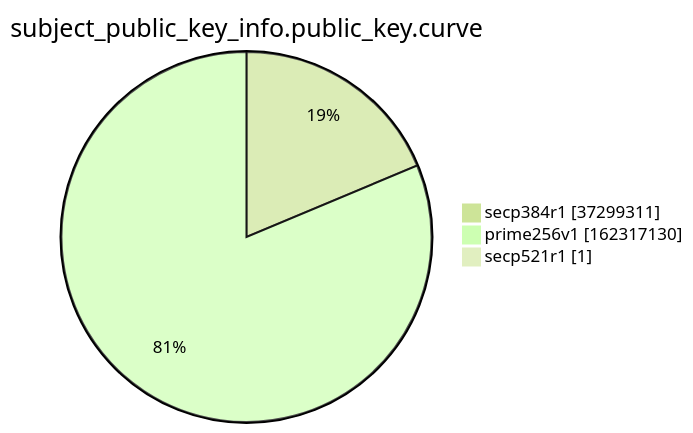
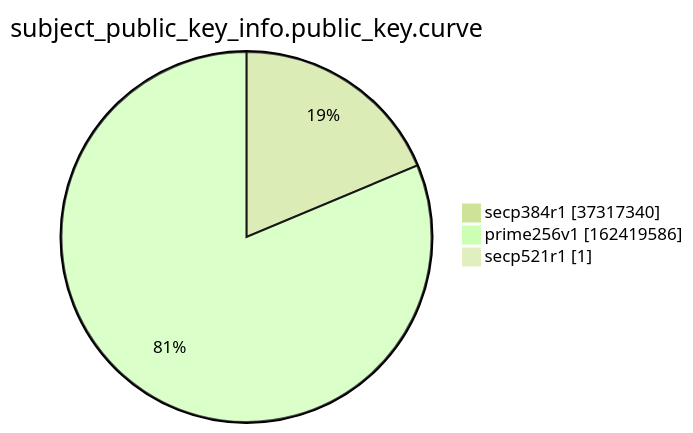
Before and after one commit to christiankrug/ctmonitor_visualization: the ninth of 15 diagrams in argon2022/README.md, drawn with Mermaid (forest theme). The commit also changed other lines of this file, not shown here.

````diff
--- a/argon2022/README.md
+++ b/argon2022/README.md
@@ -2766,7 +2766,7 @@
 ```mermaid
 pie showData
 title subject_public_key_info.public_key.curve
-"secp384r1" :37299311
-"prime256v1" :162317130
+"secp384r1" :37317340
+"prime256v1" :162419586
 "secp521r1" :1
 ```
````
